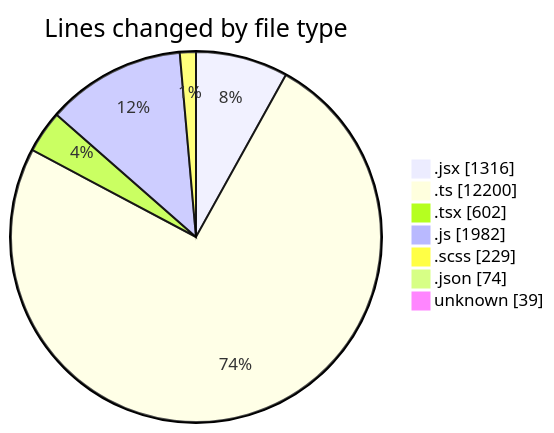
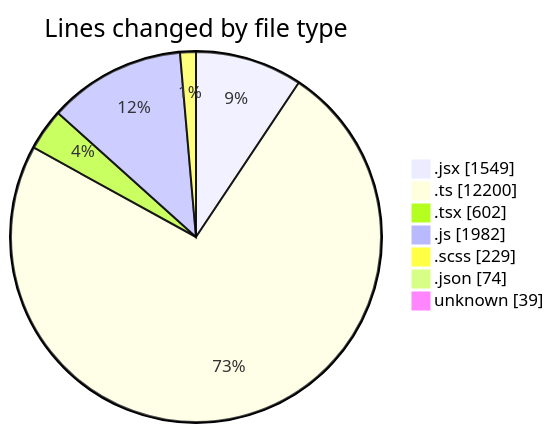
One commit to momahboobian/code-tracking changed the first of 2 diagrams in 2025-06-05/cda/README.md. Above: the diagram before and after it, drawn with Mermaid. The commit also changed other lines of this file and 1 other file, not shown here.

````diff
--- a/2025-06-05/cda/README.md
+++ b/2025-06-05/cda/README.md
@@ -40,11 +41,11 @@
 ```mermaid
 pie showData
 title Lines changed by file type
-".jsx" : 1316
+".jsx" : 1549
 ".ts" : 12200
 ".tsx" : 602
 ".js" : 1982
 ".scss" : 229
 ".json" : 74
 "unknown" : 39
 ```
````
